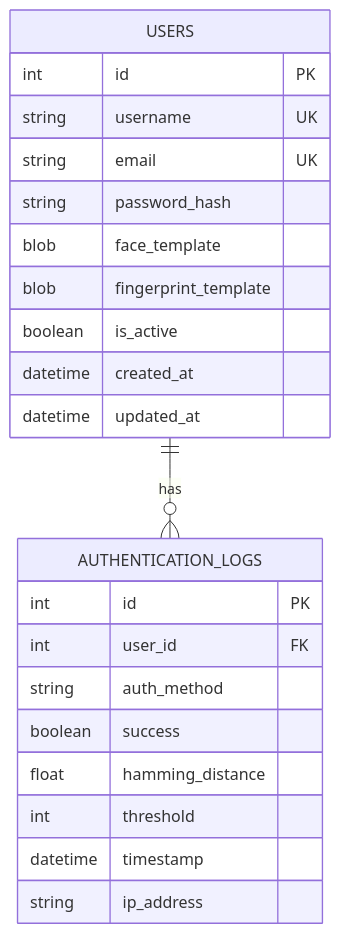
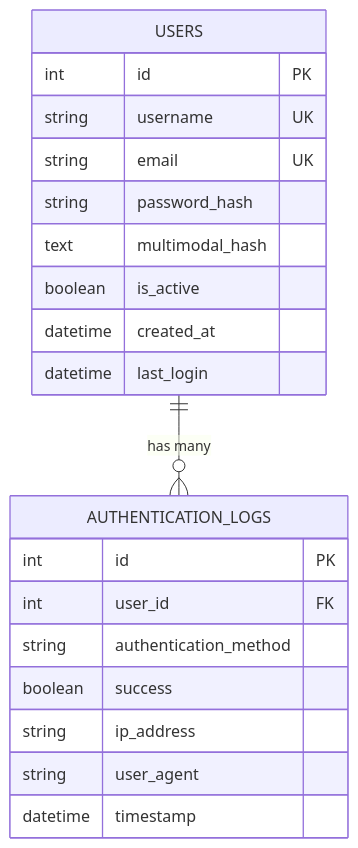
The fourth of 14 diagrams in ARCHITECTURE.md (BTech20/biometric-auth-system), drawn with Mermaid before and after one commit. The commit also changed other lines of this file, not shown here.

First line of the commit message:
Fix Mermaid diagram rendering issues for GitHub

````diff
--- a/ARCHITECTURE.md
+++ b/ARCHITECTURE.md
@@ -158,27 +185,25 @@
 ```mermaid
 erDiagram
-    USERS ||--o{ AUTHENTICATION_LOGS : has
-    
     USERS {
         int id PK
         string username UK
         string email UK
         string password_hash
-        blob face_template
-        blob fingerprint_template
+        text multimodal_hash
         boolean is_active
         datetime created_at
-        datetime updated_at
+        datetime last_login
     }
     
     AUTHENTICATION_LOGS {
         int id PK
         int user_id FK
-        string auth_method
+        string authentication_method
         boolean success
-        float hamming_distance
-        int threshold
+        string ip_address
+        string user_agent
         datetime timestamp
-        string ip_address
     }
+    
+    USERS ||--o{ AUTHENTICATION_LOGS : "has many"
 ```
````
